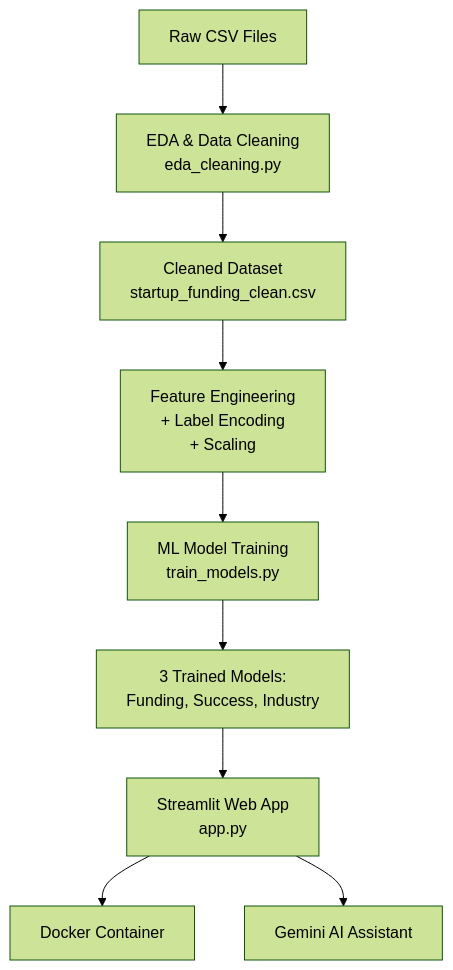
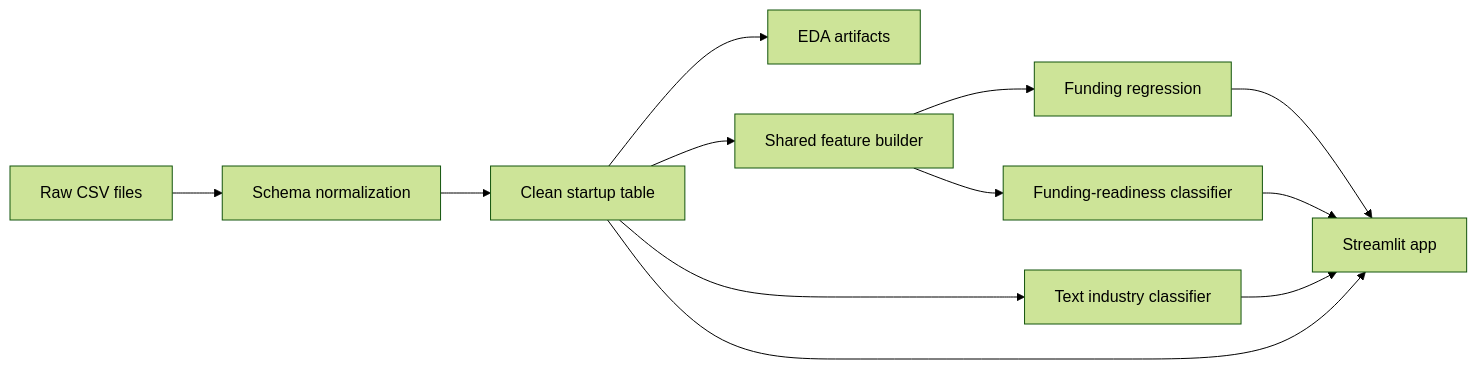
Before and after one commit to ndumbe0/LP-1-Project: the diagram in README.md, drawn with Mermaid (forest theme). The commit also changed other lines of this file and 24 other files, not shown here.

First line of the commit message:
Refactor app into startup_funding package with tests, CI, and security policy

````diff
--- a/README.md
+++ b/README.md
@@ -26,11 +57,14 @@
 ```mermaid
-flowchart TD
-    A[Raw CSV Files] --> B[EDA & Data Cleaning<br/>eda_cleaning.py]
-    B --> C[Cleaned Dataset<br/>startup_funding_clean.csv]
-    C --> D[Feature Engineering<br/>+ Label Encoding<br/>+ Scaling]
-    D --> E[ML Model Training<br/>train_models.py]
-    E --> F[3 Trained Models:<br/>Funding, Success, Industry]
-    F --> G[Streamlit Web App<br/>app.py]
-    G --> H[Docker Container]
-    G --> I[Gemini AI Assistant]
+flowchart LR
+    A["Raw CSV files"] --> B["Schema normalization"]
+    B --> C["Clean startup table"]
+    C --> D["EDA artifacts"]
+    C --> E["Shared feature builder"]
+    E --> F["Funding regression"]
+    E --> G["Funding-readiness classifier"]
+    C --> H["Text industry classifier"]
+    F --> I["Streamlit app"]
+    G --> I
+    H --> I
+    C --> I
 ```
````
